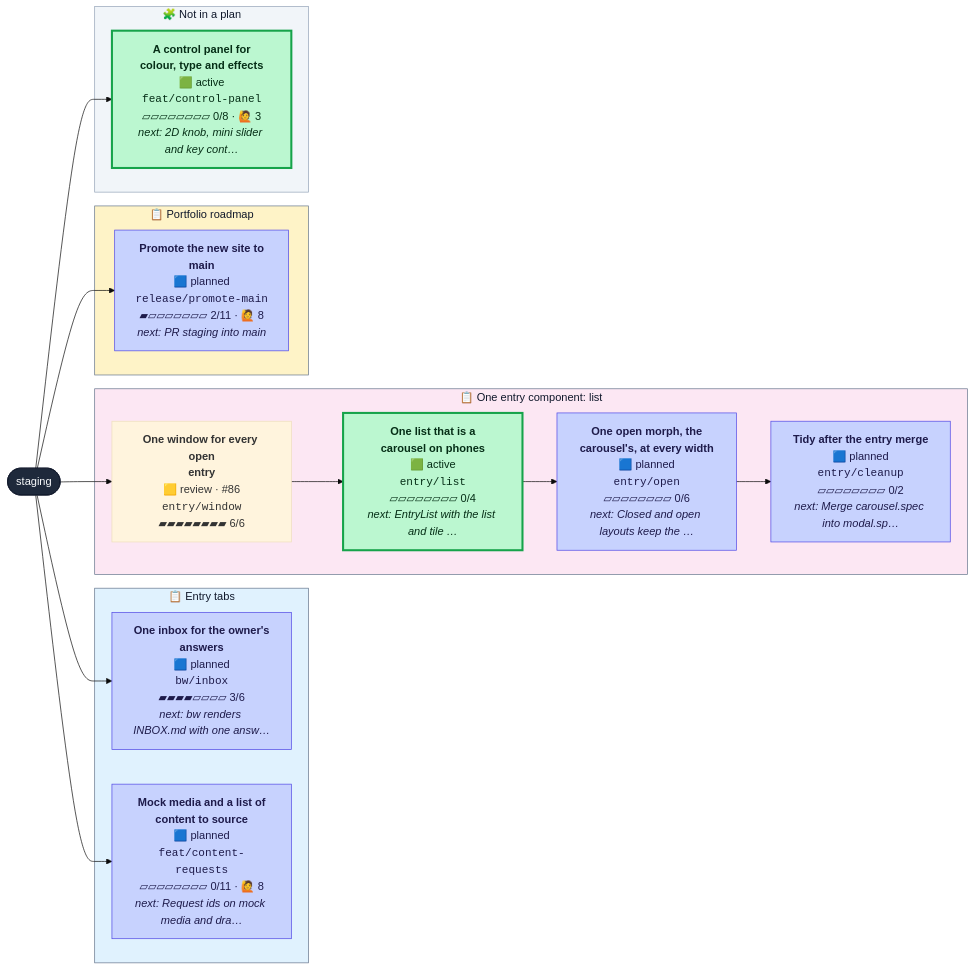
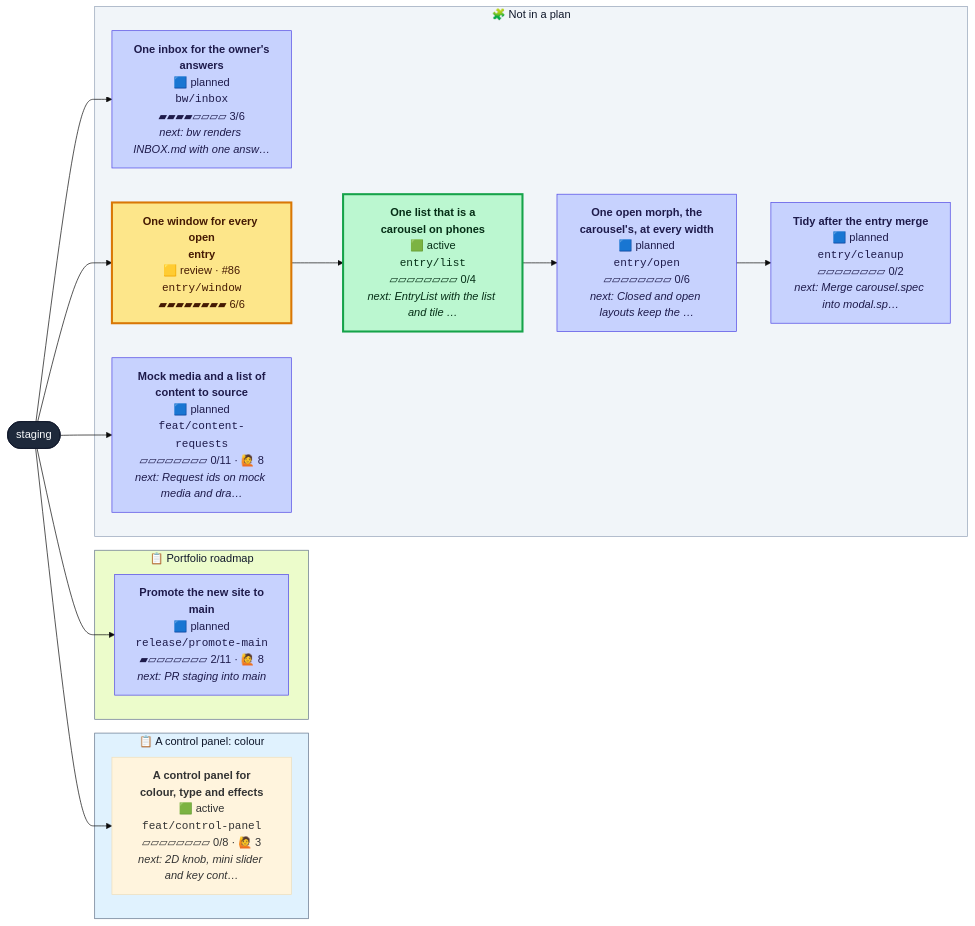
Before and after one commit to henryjonescodes/portfolio: the diagram in CONTRIBUTING.md, drawn with Mermaid (base theme). The commit also changed other lines of this file and 1 other file, not shown here.

````diff
--- a/CONTRIBUTING.md
+++ b/CONTRIBUTING.md
@@ -16,47 +16,44 @@
 ```mermaid
 flowchart LR
   n_staging([staging])
   class n_staging trunk
-  subgraph plan_0["📋 Entry tabs"]
+  subgraph plan_0["📋 A control panel: colour"]
+    n_feat_control_panel["<b>A control panel for<br/>colour, type and effects</b><br/>🟩 active<br/><code>feat/control-panel</code><br/>▱▱▱▱▱▱▱▱ 0/8 · 🙋 3<br/><i>next: 2D knob, mini slider and key cont…</i>"]
+    class n_feat_control_panel active,current
+  end
+  style plan_0 fill:#e0f2fe,stroke:#64748b,color:#0f172a
+  subgraph plan_2["📋 Portfolio roadmap"]
+    n_release_promote_main["<b>Promote the new site to<br/>main</b><br/>🟦 planned<br/><code>release/promote-main</code><br/>▰▱▱▱▱▱▱▱ 2/11 · 🙋 8<br/><i>next: PR staging into main</i>"]
+    class n_release_promote_main planned
+  end
+  style plan_2 fill:#ecfccb,stroke:#64748b,color:#0f172a
+  subgraph loose["🧩 Not in a plan"]
     n_bw_inbox["<b>One inbox for the owner's<br/>answers</b><br/>🟦 planned<br/><code>bw/inbox</code><br/>▰▰▰▰▱▱▱▱ 3/6<br/><i>next: bw renders INBOX.md with one answ…</i>"]
     class n_bw_inbox planned
-    n_feat_content_requests["<b>Mock media and a list of<br/>content to source</b><br/>🟦 planned<br/><code>feat/content-requests</code><br/>▱▱▱▱▱▱▱▱ 0/11 · 🙋 8<br/><i>next: Request ids on mock media and dra…</i>"]
-    class n_feat_content_requests planned
-  end
-  style plan_0 fill:#e0f2fe,stroke:#64748b,color:#0f172a
-  subgraph plan_1["📋 One entry component: list"]
     n_entry_cleanup["<b>Tidy after the entry merge</b><br/>🟦 planned<br/><code>entry/cleanup</code><br/>▱▱▱▱▱▱▱▱ 0/2<br/><i>next: Merge carousel.spec into modal.sp…</i>"]
     class n_entry_cleanup planned
     n_entry_list["<b>One list that is a<br/>carousel on phones</b><br/>🟩 active<br/><code>entry/list</code><br/>▱▱▱▱▱▱▱▱ 0/4<br/><i>next: EntryList with the list and tile …</i>"]
     class n_entry_list active
     n_entry_open["<b>One open morph, the<br/>carousel's, at every width</b><br/>🟦 planned<br/><code>entry/open</code><br/>▱▱▱▱▱▱▱▱ 0/6<br/><i>next: Closed and open layouts keep the …</i>"]
     class n_entry_open planned
     n_entry_window["<b>One window for every open<br/>entry</b><br/>🟨 review · #86<br/><code>entry/window</code><br/>▰▰▰▰▰▰▰▰ 6/6"]
-    class n_entry_window review,current
-  end
-  style plan_1 fill:#fce7f3,stroke:#64748b,color:#0f172a
-  subgraph plan_3["📋 Portfolio roadmap"]
-    n_release_promote_main["<b>Promote the new site to<br/>main</b><br/>🟦 planned<br/><code>release/promote-main</code><br/>▰▱▱▱▱▱▱▱ 2/11 · 🙋 8<br/><i>next: PR staging into main</i>"]
-    class n_release_promote_main planned
-  end
-  style plan_3 fill:#fef3c7,stroke:#64748b,color:#0f172a
-  subgraph loose["🧩 Not in a plan"]
-    n_feat_control_panel["<b>A control panel for<br/>colour, type and effects</b><br/>🟩 active<br/><code>feat/control-panel</code><br/>▱▱▱▱▱▱▱▱ 0/8 · 🙋 3<br/><i>next: 2D knob, mini slider and key cont…</i>"]
-    class n_feat_control_panel active
+    class n_entry_window review
+    n_feat_content_requests["<b>Mock media and a list of<br/>content to source</b><br/>🟦 planned<br/><code>feat/content-requests</code><br/>▱▱▱▱▱▱▱▱ 0/11 · 🙋 8<br/><i>next: Request ids on mock media and dra…</i>"]
+    class n_feat_content_requests planned
   end
   style loose fill:#f1f5f9,stroke:#94a3b8,color:#0f172a
   n_staging --> n_bw_inbox
   n_entry_open --> n_entry_cleanup
   n_entry_window --> n_entry_list
   n_entry_list --> n_entry_open
   n_staging --> n_entry_window
   n_staging --> n_feat_content_requests
   n_staging --> n_feat_control_panel
   n_staging --> n_release_promote_main
   classDef planned fill:#c7d2fe,stroke:#4f46e5,color:#1e1b4b
   classDef active fill:#bbf7d0,stroke:#16a34a,stroke-width:3px,color:#052e16
   classDef review fill:#fde68a,stroke:#d97706,stroke-width:3px,color:#451a03
   classDef blocked fill:#fecaca,stroke:#dc2626,stroke-width:3px,color:#450a0a
   classDef trunk fill:#1e293b,stroke:#0f172a,color:#f8fafc
   classDef current stroke:#0ea5e9,stroke-width:5px
 ```
````
